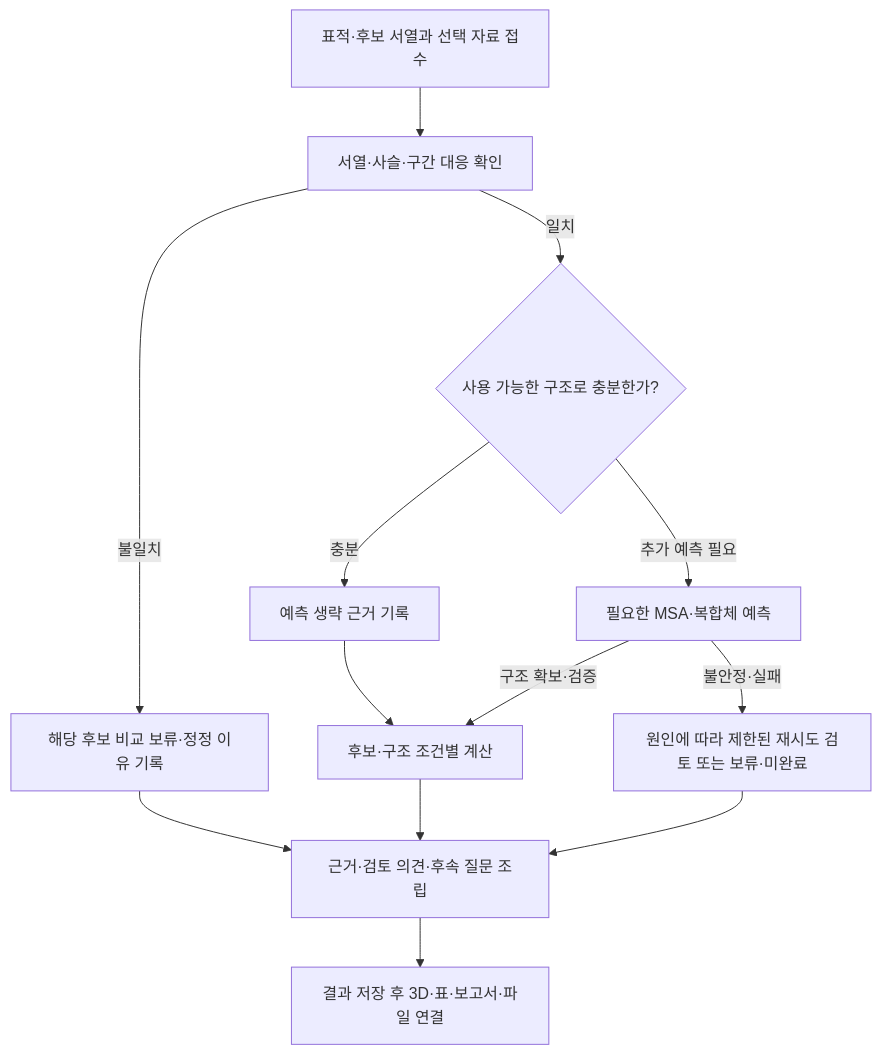
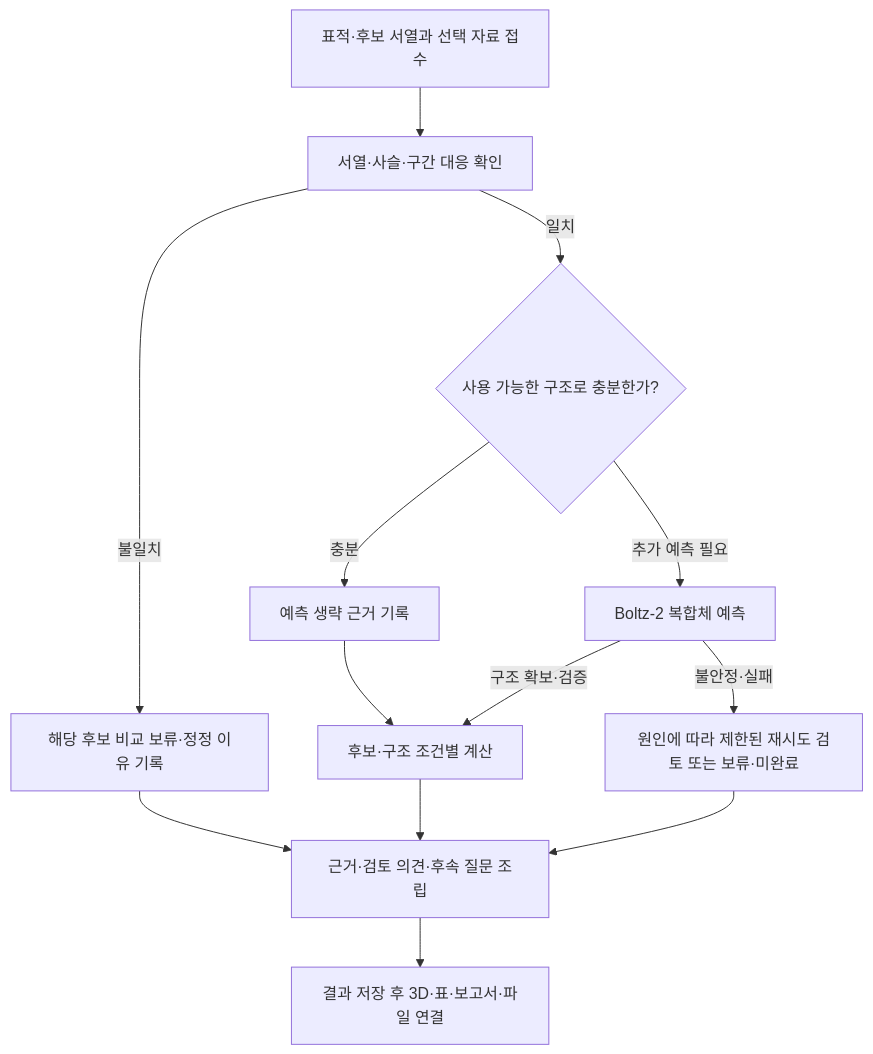
Before and after one commit to taehyunan-99/nvidia-hackathon: the diagram in docs/frontend-hosting/agent-logic.md, drawn with Mermaid. The commit also changed other lines of this file and 63 other files, not shown here.

````diff
--- a/docs/frontend-hosting/agent-logic.md
+++ b/docs/frontend-hosting/agent-logic.md
@@ -18,15 +18,15 @@
 ```mermaid
 flowchart TD
   I["표적·후보 서열과 선택 자료 접수"] --> M["서열·사슬·구간 대응 확인"]
   M -->|"불일치"| H["해당 후보 비교 보류·정정 이유 기록"]
   M -->|"일치"| E{"사용 가능한 구조로 충분한가?"}
   E -->|"충분"| S["예측 생략 근거 기록"]
-  E -->|"추가 예측 필요"| P["필요한 MSA·복합체 예측"]
+  E -->|"추가 예측 필요"| P["Boltz-2 복합체 예측"]
   P -->|"구조 확보·검증"| C["후보·구조 조건별 계산"]
   P -->|"불안정·실패"| X["원인에 따라 제한된 재시도 검토 또는 보류·미완료"]
   S --> C
   C --> R["근거·검토 의견·후속 질문 조립"]
   H --> R
   X --> R
   R --> O["결과 저장 후 3D·표·보고서·파일 연결"]
 ```
````
